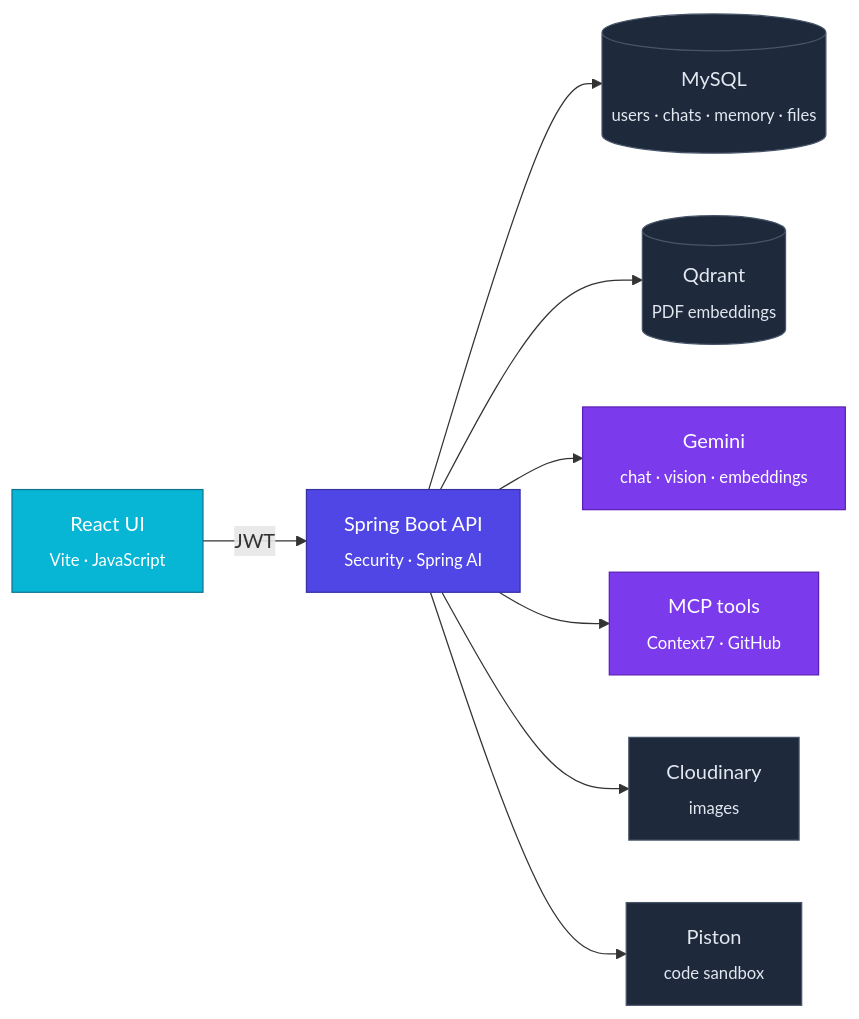
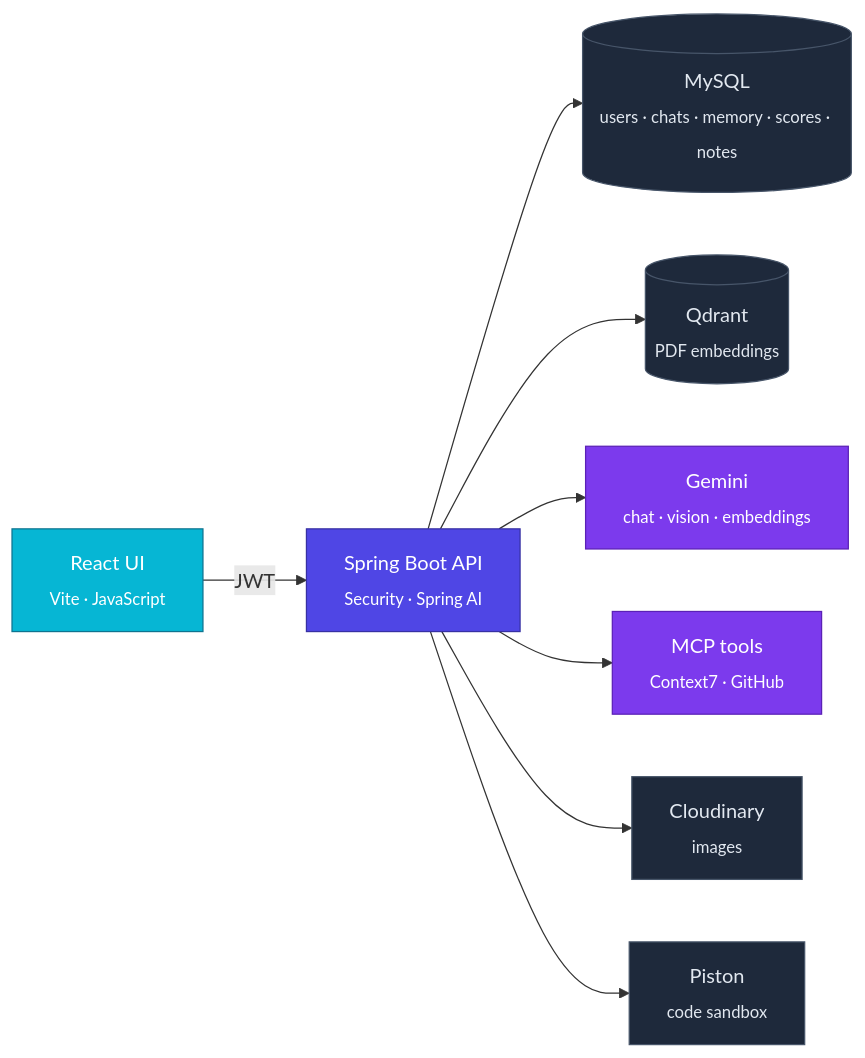
One commit to Ayoub717542/DevGuide_AI changed the diagram in README.md. Above: the diagram before and after it, drawn with Mermaid. The commit also changed other lines of this file and 1 other file, not shown here.

````diff
--- a/README.md
+++ b/README.md
@@ -111,19 +81,19 @@
 ```mermaid
 flowchart LR
     UI["React UI<br/><sub>Vite · JavaScript</sub>"] -- "JWT" --> API["Spring Boot API<br/><sub>Security · Spring AI</sub>"]
-    API --> DB[("MySQL<br/><sub>users · chats · memory · files</sub>")]
+    API --> DB[("MySQL<br/><sub>users · chats · memory · scores · notes</sub>")]
     API --> VS[("Qdrant<br/><sub>PDF embeddings</sub>")]
     API --> LLM["Gemini<br/><sub>chat · vision · embeddings</sub>"]
     API --> MCP["MCP tools<br/><sub>Context7 · GitHub</sub>"]
     API --> CDN["Cloudinary<br/><sub>images</sub>"]
     API --> PST["Piston<br/><sub>code sandbox</sub>"]
 
     classDef ui fill:#06B6D4,stroke:#0E7490,color:#fff
     classDef api fill:#4F46E5,stroke:#3730A3,color:#fff
     classDef ai fill:#7C3AED,stroke:#5B21B6,color:#fff
     classDef store fill:#1E293B,stroke:#475569,color:#E2E8F0
     class UI ui
     class API api
     class LLM,MCP ai
     class DB,VS,CDN,PST store
 ```
````
